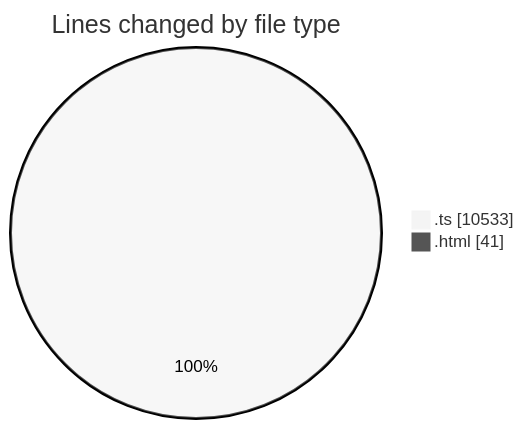
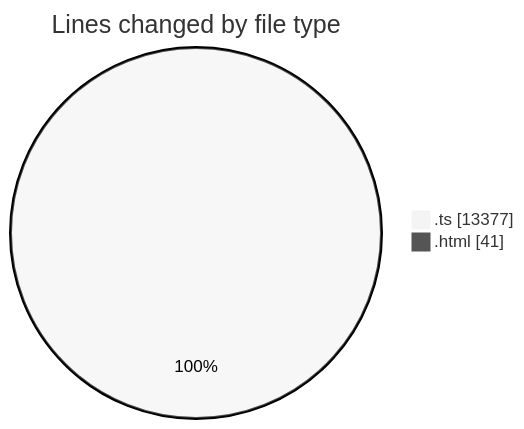
One commit to tmsrecording-cyber/code-tracking changed the first of 2 diagrams in 2026-02-08/singularitybrainai/README.md. Above: the diagram before and after it, drawn with Mermaid (neutral theme). The commit also changed other lines of this file and 1 other file, not shown here.

````diff
--- a/2026-02-08/singularitybrainai/README.md
+++ b/2026-02-08/singularitybrainai/README.md
@@ -37,6 +37,6 @@
 ```mermaid
 pie showData
 title Lines changed by file type
-".ts" : 10533
+".ts" : 13377
 ".html" : 41
 ```
````
